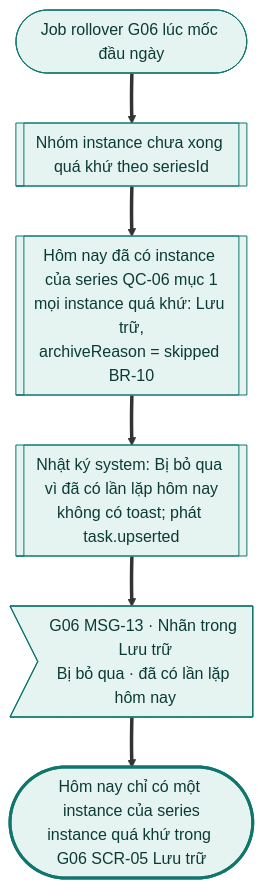
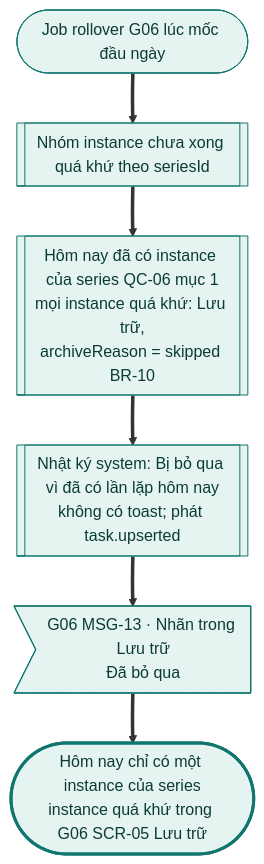
Before and after one commit to tannguyenho/personal-app: diagram 15 of 19 in docs/design-brief/flow/g03-task-lap-lai.md, drawn with Mermaid. The commit also changed other lines of this file and 5 other files, not shown here.

First line of the commit message:
docs(G03, G06): áp quyết định PO 09/11 vào SRS, PRD, flow

````diff
--- a/docs/design-brief/flow/g03-task-lap-lai.md
+++ b/docs/design-brief/flow/g03-task-lap-lai.md
@@ -589,23 +636,23 @@
 ```mermaid
 flowchart TD
   start(["Job rollover G06 lúc mốc đầu ngày"])
   p1[["Nhóm instance chưa xong quá khứ theo seriesId"]]
   p2[["Hôm nay đã có instance của series QC-06 mục 1<br/>mọi instance quá khứ: Lưu trữ,<br/>archiveReason = skipped BR-10"]]
   p3[["Nhật ký system: Bị bỏ qua vì đã có lần lặp hôm nay<br/>không có toast; phát task.upserted"]]
-  m1>"G06 MSG-13 · Nhãn trong Lưu trữ<br/>Bị bỏ qua · đã có lần lặp hôm nay"]
+  m1>"G06 MSG-13 · Nhãn trong Lưu trữ<br/>Đã bỏ qua"]
   ok(["Hôm nay chỉ có một instance của series<br/>instance quá khứ trong G06 SCR-05 Lưu trữ"])
 
   start ==> p1 ==> p2 ==> p3 ==> m1 ==> ok
 
   class start,p1,p2,p3,m1 happy
   class ok done
   classDef happy fill:#E6F4F1,stroke:#0F766E,color:#0B3B36
   classDef alt fill:#F1F3F5,stroke:#6B7280,color:#1F2937
   classDef err fill:#FDECEC,stroke:#B42318,color:#5C1010
   classDef warn fill:#FEF4E2,stroke:#B45309,color:#4A2604
   classDef ai fill:#F1ECFD,stroke:#6D28D9,color:#2E1065
   classDef sync fill:#FFFFFF,stroke:#6B7280,stroke-dasharray:4 3,color:#1F2937
   classDef link fill:#FFFFFF,stroke:#0F766E,stroke-dasharray:4 3,color:#0B3B36
   classDef done fill:#E6F4F1,stroke:#0F766E,stroke-width:3px,color:#0B3B36
   classDef fail fill:#FDECEC,stroke:#B42318,stroke-width:3px,color:#5C1010
 ```
````
